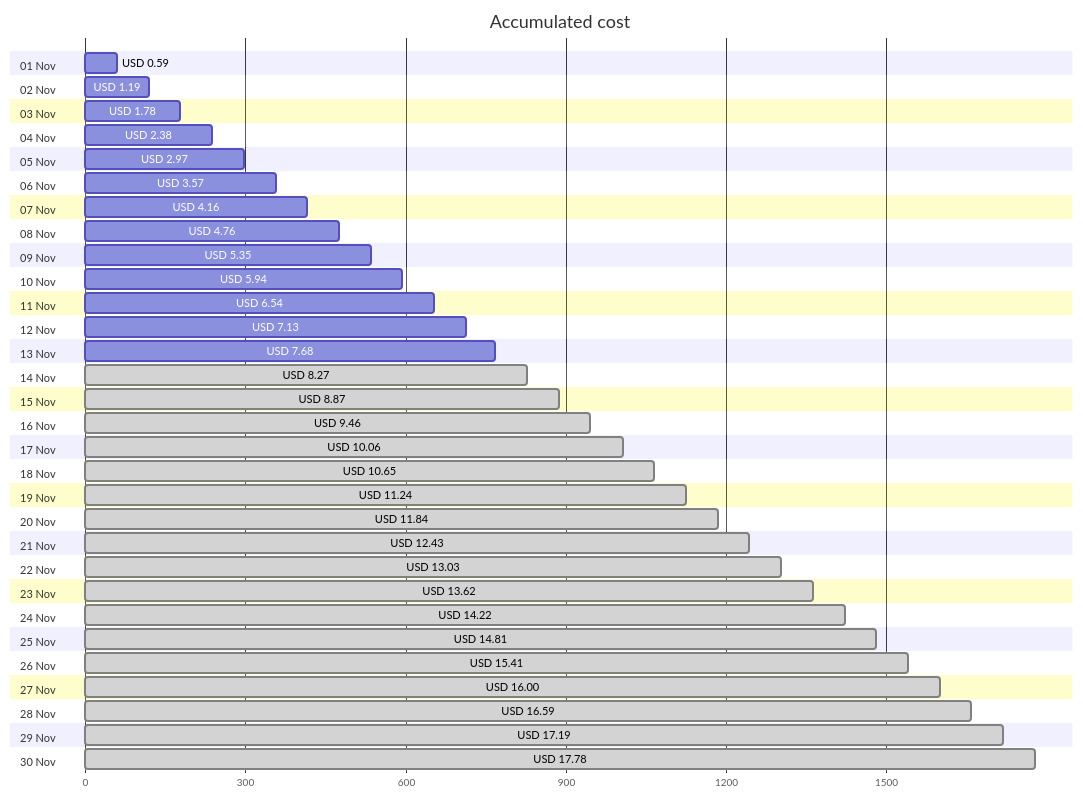
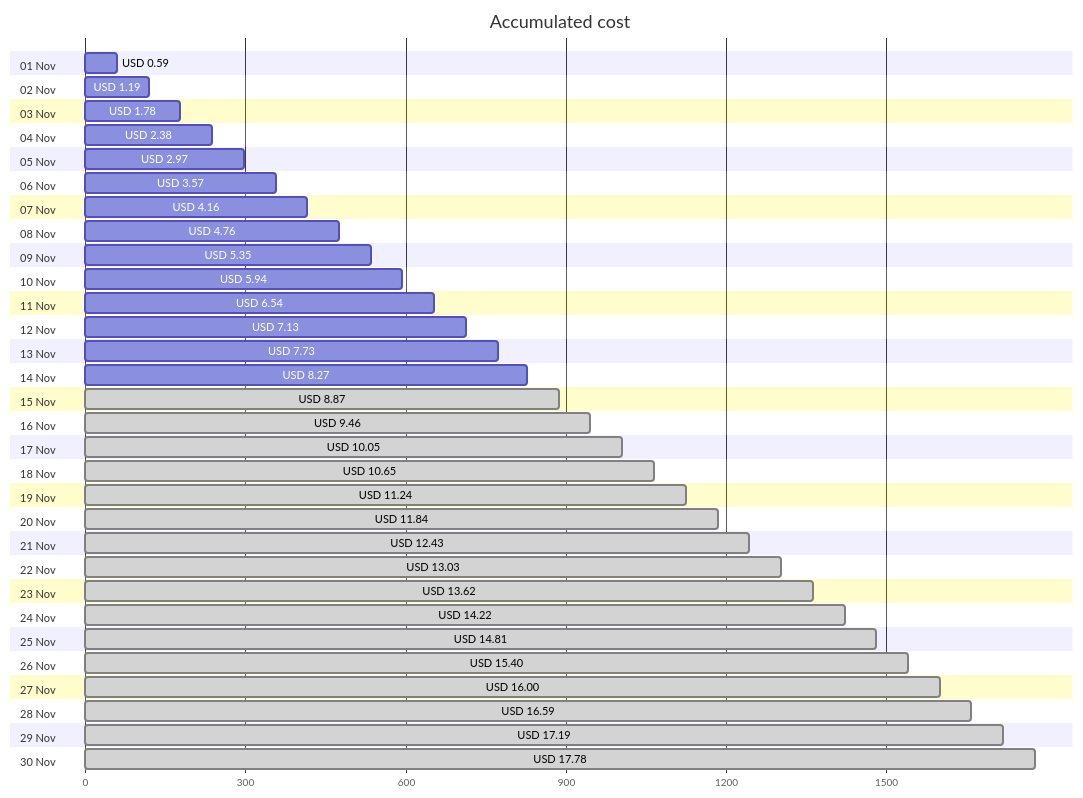
One commit to jpfulton/azure-personal-reports changed the first of 4 diagrams in cost-reports/personal-site/README.md. Above: the diagram before and after it, drawn with Mermaid. The commit also changed other lines of this file and 6 other files, not shown here.

````diff
--- a/cost-reports/personal-site/README.md
+++ b/cost-reports/personal-site/README.md
@@ -20,66 +20,66 @@
 ```mermaid
 gantt
    title Accumulated cost
    dateFormat  X
    axisFormat %s
    section 01 Nov
    USD 0.59 :0, 59
    section 02 Nov
    USD 1.19 :0, 119
    section 03 Nov
    USD 1.78 :0, 178
    section 04 Nov
    USD 2.38 :0, 238
    section 05 Nov
    USD 2.97 :0, 297
    section 06 Nov
    USD 3.57 :0, 357
    section 07 Nov
    USD 4.16 :0, 416
    section 08 Nov
    USD 4.76 :0, 476
    section 09 Nov
    USD 5.35 :0, 535
    section 10 Nov
    USD 5.94 :0, 594
    section 11 Nov
    USD 6.54 :0, 654
    section 12 Nov
    USD 7.13 :0, 713
    section 13 Nov
-   USD 7.68 :0, 768
+   USD 7.73 :0, 773
    section 14 Nov
-   USD 8.27 : done, 0, 827
+   USD 8.27 :0, 827
    section 15 Nov
    USD 8.87 : done, 0, 887
    section 16 Nov
    USD 9.46 : done, 0, 946
    section 17 Nov
-   USD 10.06 : done, 0, 1006
+   USD 10.05 : done, 0, 1005
    section 18 Nov
    USD 10.65 : done, 0, 1065
    section 19 Nov
    USD 11.24 : done, 0, 1124
    section 20 Nov
    USD 11.84 : done, 0, 1184
    section 21 Nov
    USD 12.43 : done, 0, 1243
    section 22 Nov
    USD 13.03 : done, 0, 1303
    section 23 Nov
    USD 13.62 : done, 0, 1362
    section 24 Nov
    USD 14.22 : done, 0, 1422
    section 25 Nov
    USD 14.81 : done, 0, 1481
    section 26 Nov
-   USD 15.41 : done, 0, 1541
+   USD 15.40 : done, 0, 1540
    section 27 Nov
    USD 16.00 : done, 0, 1600
    section 28 Nov
    USD 16.59 : done, 0, 1659
    section 29 Nov
    USD 17.19 : done, 0, 1719
    section 30 Nov
    USD 17.78 : done, 0, 1778
 ```
````
